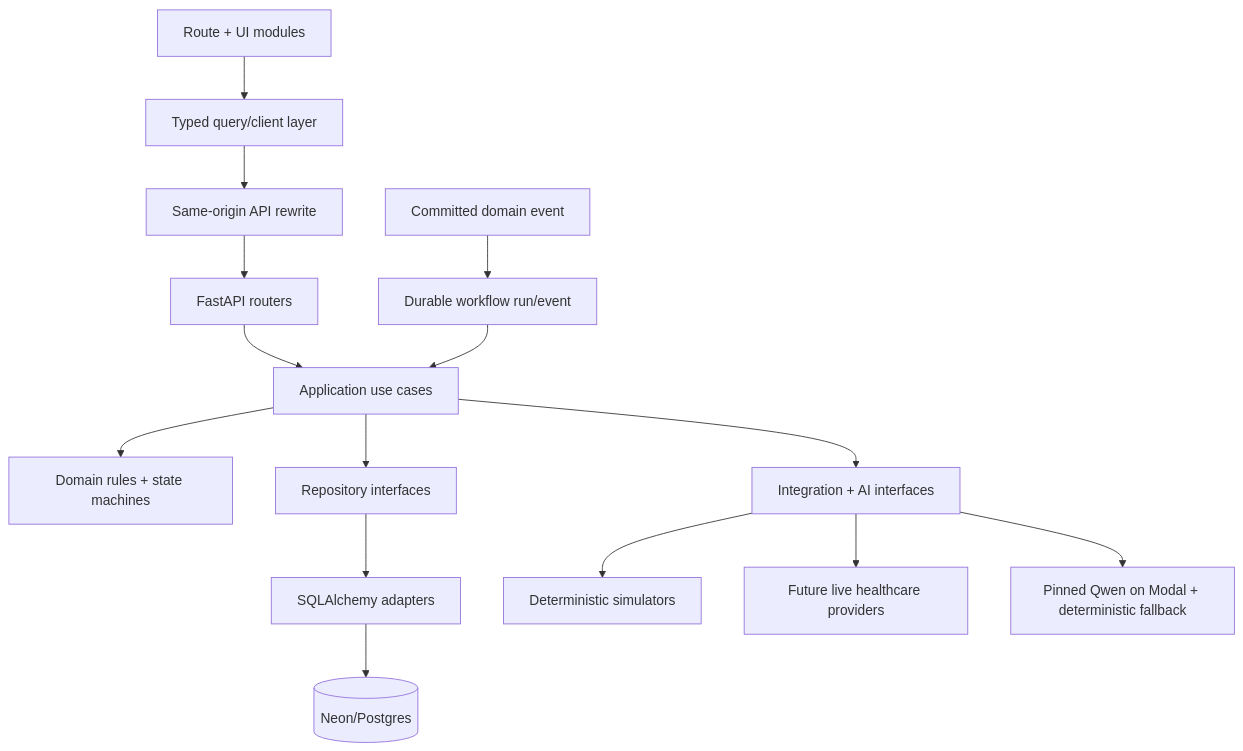
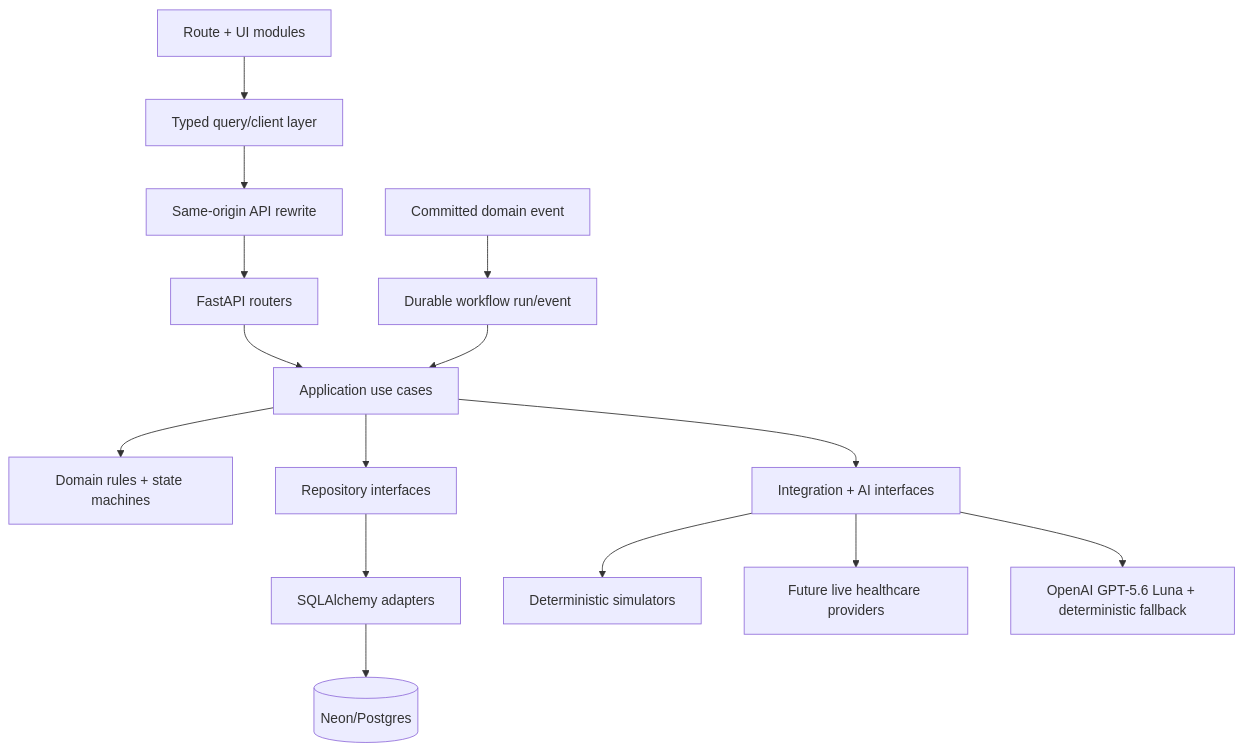
Before and after one commit to ambrosia-health/ehr: the second of 5 diagrams in docs/architecture.md, drawn with Mermaid. The commit also changed other lines of this file and 22 other files, not shown here.

Commit message:
Replace GPU inference with OpenAI Luna

````diff
--- a/docs/architecture.md
+++ b/docs/architecture.md
@@ -38,18 +40,18 @@
 ```mermaid
 flowchart TD
     UI["Route + UI modules"] --> QC["Typed query/client layer"]
     QC --> PX["Same-origin API rewrite"]
     PX --> RT["FastAPI routers"]
     RT --> UC["Application use cases"]
     UC --> DM["Domain rules + state machines"]
     UC --> RP["Repository interfaces"]
     UC --> IP["Integration + AI interfaces"]
     RP --> SA["SQLAlchemy adapters"]
     SA --> PG[("Neon/Postgres")]
     IP --> SIM["Deterministic simulators"]
     IP --> LIVE["Future live healthcare providers"]
-    IP --> AI["Pinned Qwen on Modal + deterministic fallback"]
+    IP --> AI["OpenAI GPT-5.6 Luna + deterministic fallback"]
 
     EV["Committed domain event"] --> WF["Durable workflow run/event"]
     WF --> UC
 ```
````
